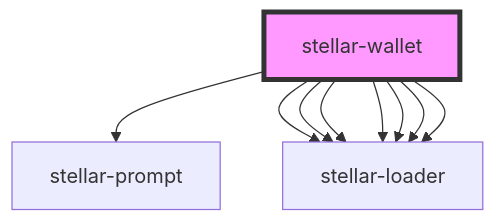
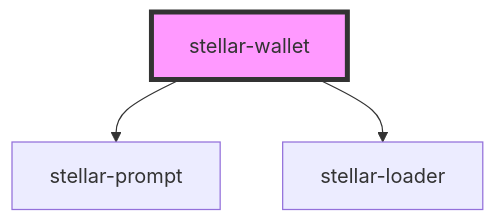
Before and after one commit to tomquisel/stellar-demo-worldbank: the diagram in src/components/wallet/readme.md, drawn with Mermaid. The commit also changed other lines of this file and 11 other files, not shown here.

````diff
--- a/src/components/wallet/readme.md
+++ b/src/components/wallet/readme.md
@@ -32,12 +26,6 @@
 ```mermaid
 graph TD;
   stellar-wallet --> stellar-prompt
   stellar-wallet --> stellar-loader
-  stellar-wallet --> stellar-loader
-  stellar-wallet --> stellar-loader
-  stellar-wallet --> stellar-loader
-  stellar-wallet --> stellar-loader
-  stellar-wallet --> stellar-loader
-  stellar-wallet --> stellar-loader
   style stellar-wallet fill:#f9f,stroke:#333,stroke-width:4px
 ```
````
